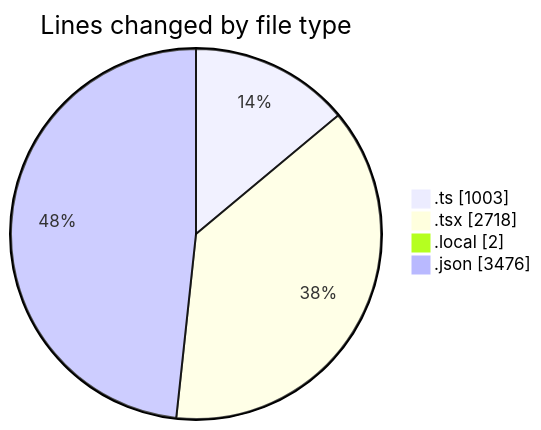
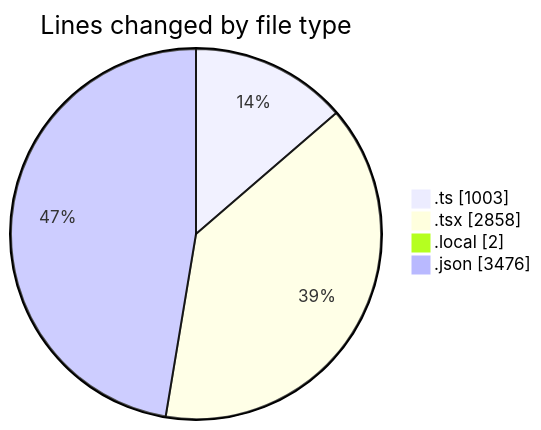
One commit to julien-gomy/code-tracking changed the first of 2 diagrams in 2025-10-28/eventscop-frontend-guide__workspace_/README.md. Above: the diagram before and after it, drawn with Mermaid. The commit also changed other lines of this file and 1 other file, not shown here.

````diff
--- a/2025-10-28/eventscop-frontend-guide__workspace_/README.md
+++ b/2025-10-28/eventscop-frontend-guide__workspace_/README.md
@@ -43,8 +43,8 @@
 ```mermaid
 pie showData
 title Lines changed by file type
 ".ts" : 1003
-".tsx" : 2718
+".tsx" : 2858
 ".local" : 2
 ".json" : 3476
 ```
````
